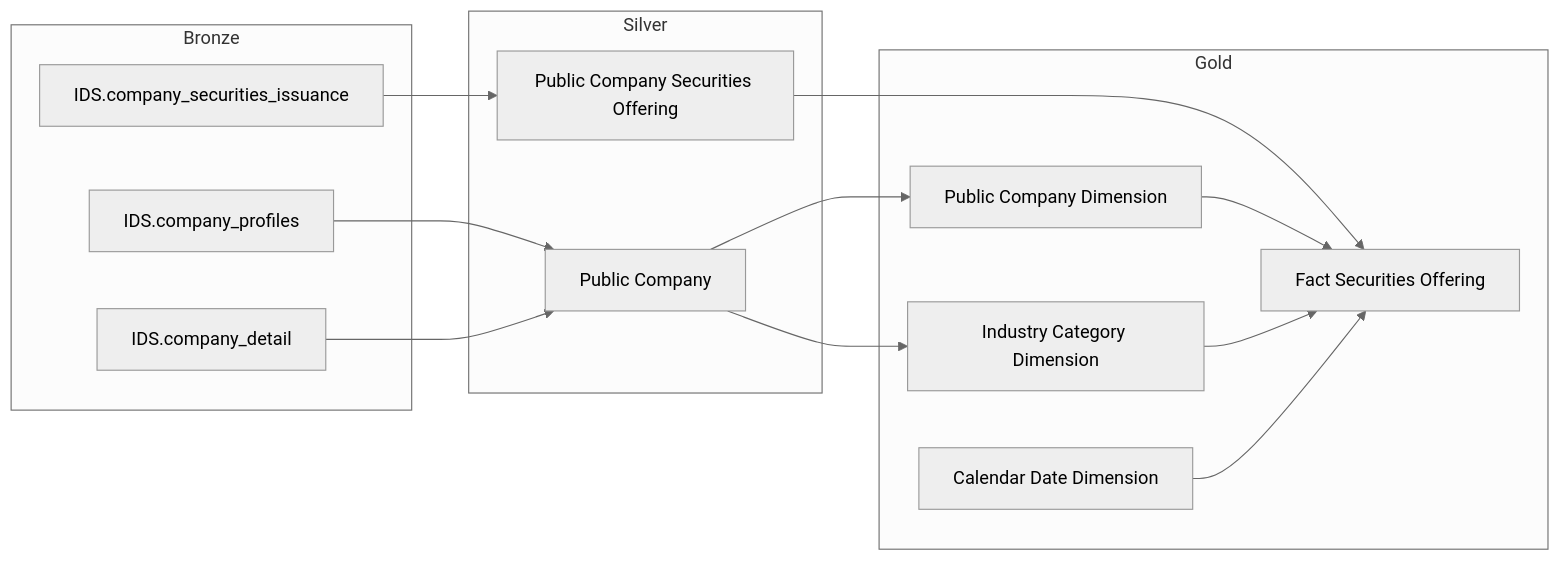
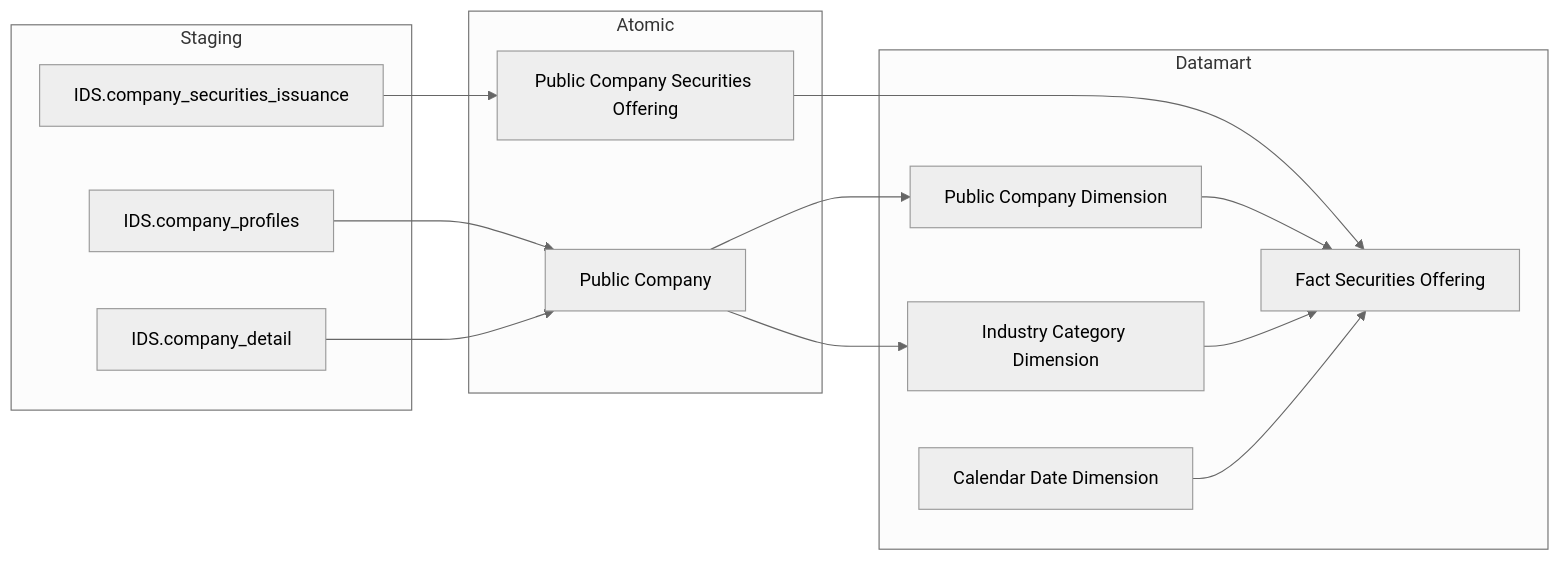
The first of 14 diagrams in Gold/hld/GOLD_QLCB_HLD.md (linhlvit/ubck_atomic_design), drawn with Mermaid (neutral theme) before and after one commit. The commit also changed other lines of this file and 8 other files, not shown here.

````diff
--- a/Gold/hld/GOLD_QLCB_HLD.md
+++ b/Gold/hld/GOLD_QLCB_HLD.md
@@ -23,32 +23,32 @@
 ```mermaid
 flowchart LR
-    subgraph SRC_IDS["Bronze"]
+    subgraph SRC_IDS["Staging"]
         S1["IDS.company_securities_issuance"]
         S2["IDS.company_profiles"]
         S3["IDS.company_detail"]
     end
 
-    subgraph SIL["Silver"]
+    subgraph SIL["Atomic"]
         SV1["Public Company Securities Offering"]
         SV2["Public Company"]
     end
 
-    subgraph GOLD["Gold"]
+    subgraph GOLD["Datamart"]
         G1["Fact Securities Offering"]
         G2["Public Company Dimension"]
         G3["Industry Category Dimension"]
         G4["Calendar Date Dimension"]
     end
 
     S1 --> SV1
     S2 --> SV2
     S3 --> SV2
 
     SV1 --> G1
     SV2 --> G2
     SV2 --> G3
 
     G2 --> G1
     G3 --> G1
     G4 --> G1
 ```
````
